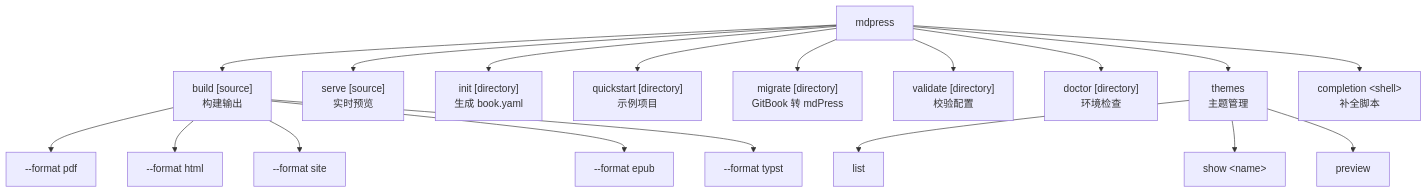
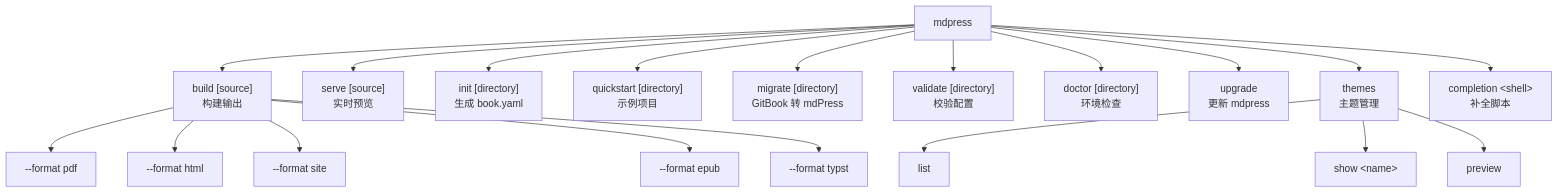
The first of 2 diagrams in docs/COMMANDS_zh.md (yeasy/mdPress), drawn with Mermaid before and after one commit. The commit also changed other lines of this file and 90 other files, not shown here.

````diff
--- a/docs/COMMANDS_zh.md
+++ b/docs/COMMANDS_zh.md
@@ -9,24 +9,25 @@
 ```mermaid
 flowchart TD
     root["mdpress"]
 
     root --> build["build [source]<br/>构建输出"]
     root --> serve["serve [source]<br/>实时预览"]
     root --> init["init [directory]<br/>生成 book.yaml"]
     root --> quickstart["quickstart [directory]<br/>示例项目"]
     root --> migrate["migrate [directory]<br/>GitBook 转 mdPress"]
     root --> validate["validate [directory]<br/>校验配置"]
     root --> doctor["doctor [directory]<br/>环境检查"]
+    root --> upgrade["upgrade<br/>更新 mdpress"]
     root --> themes["themes<br/>主题管理"]
     root --> completion["completion &lt;shell&gt;<br/>补全脚本"]
 
     themes --> list["list"]
     themes --> show["show &lt;name&gt;"]
     themes --> preview["preview"]
 
     build --> pdf["--format pdf"]
     build --> html["--format html"]
     build --> site["--format site"]
     build --> epub["--format epub"]
     build --> typst["--format typst"]
 ```
````
